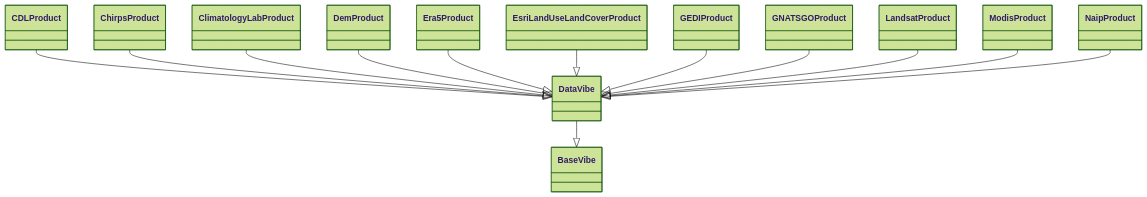
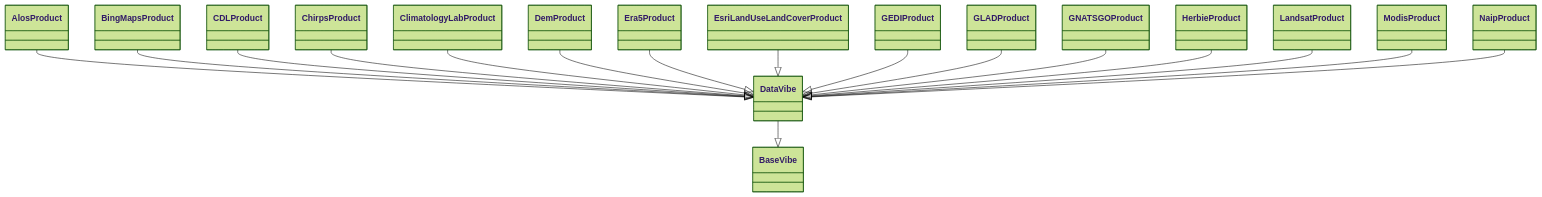
The diagram in docs/source/docfiles/markdown/data_types_diagram/products_hierarchy.md (microsoft/farmvibes-ai), drawn with Mermaid (forest theme) before and after one commit. The commit also changed 61 other files, not shown here.

```diff
--- a/docs/source/docfiles/markdown/data_types_diagram/products_hierarchy.md
+++ b/docs/source/docfiles/markdown/data_types_diagram/products_hierarchy.md
@@ -2,44 +2,56 @@
 <div class="mermaid">
 
 classDiagram
   class BaseVibe {
   }
   class DataVibe {
+  }
+  class AlosProduct {
+  }
+  class BingMapsProduct {
   }
   class CDLProduct {
   }
   class ChirpsProduct {
   }
   class ClimatologyLabProduct {
   }
   class DemProduct {
   }
   class Era5Product {
   }
   class EsriLandUseLandCoverProduct {
   }
   class GEDIProduct {
   }
+  class GLADProduct {
+  }
   class GNATSGOProduct {
+  }
+  class HerbieProduct {
   }
   class LandsatProduct {
   }
   class ModisProduct {
   }
   class NaipProduct {
   }
   DataVibe --|> BaseVibe
+  AlosProduct --|> DataVibe
+  BingMapsProduct --|> DataVibe
   CDLProduct --|> DataVibe
   ChirpsProduct --|> DataVibe
   ClimatologyLabProduct --|> DataVibe
   DemProduct --|> DataVibe
   Era5Product --|> DataVibe
   EsriLandUseLandCoverProduct --|> DataVibe
   GEDIProduct --|> DataVibe
+  GLADProduct --|> DataVibe
   GNATSGOProduct --|> DataVibe
+  HerbieProduct --|> DataVibe
   LandsatProduct --|> DataVibe
   ModisProduct --|> DataVibe
   NaipProduct --|> DataVibe
 
 
 </div>
```
